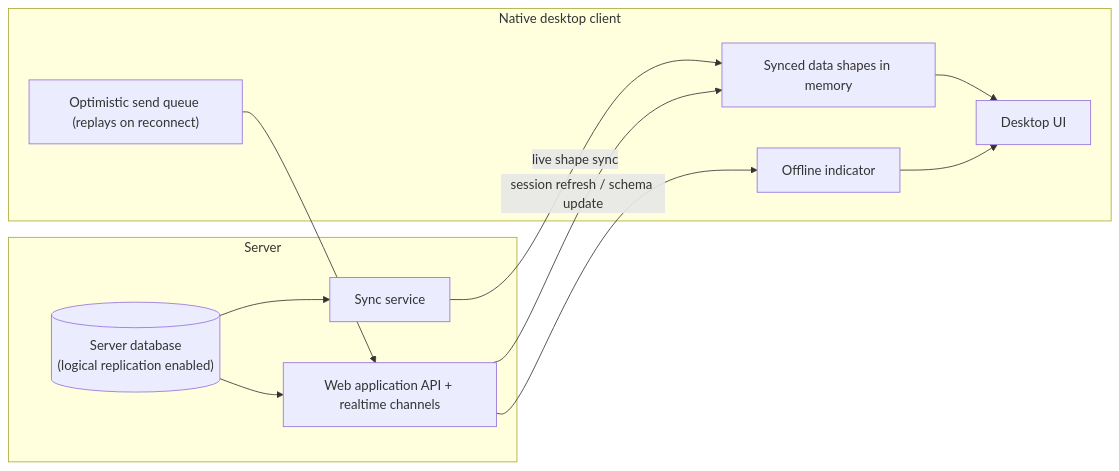
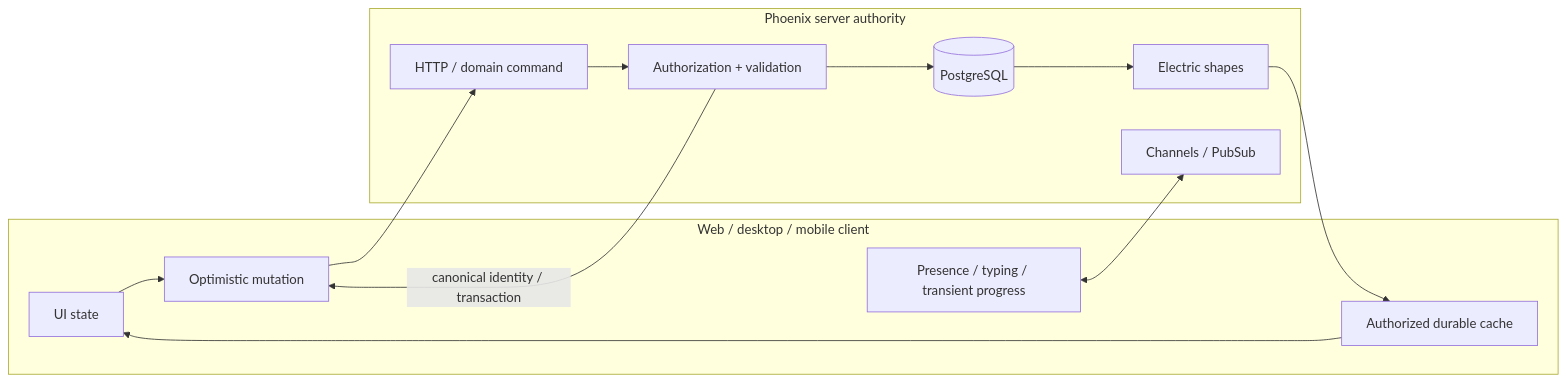
Before and after one commit to wahargis/portfolio: the diagram in flip-technical-overview/diagrams/client-synchronization.mmd, drawn with Mermaid. The commit also changed 55 other files, not shown here.

Commit message:
complete portfolio architecture audit

```diff
--- a/flip-technical-overview/diagrams/client-synchronization.mmd
+++ b/flip-technical-overview/diagrams/client-synchronization.mmd
@@ -1,20 +1,23 @@
 flowchart LR
-    subgraph SERVER["Server"]
-        DB[("Server database<br/>(logical replication enabled)")]
-        SYNC["Sync service"]
-        APP["Web application API + realtime channels"]
-        DB --> SYNC
-        DB --> APP
+    subgraph CLIENT["Web / desktop / mobile client"]
+      UI["UI state"]
+      OPT["Optimistic mutation"]
+      CACHE["Authorized durable cache"]
+      EPH["Presence / typing / transient progress"]
+      UI --> OPT
+      CACHE --> UI
     end
-    subgraph CLIENT["Native desktop client"]
-        SHAPES["Synced data shapes in memory"]
-        UI["Desktop UI"]
-        QUEUE["Optimistic send queue (replays on reconnect)"]
-        IND["Offline indicator"]
-        SYNC -->|live shape sync| SHAPES
-        SHAPES --> UI
-        QUEUE --> APP
-        APP --> IND
-        IND --> UI
+    subgraph SERVER["Phoenix server authority"]
+      CMD["HTTP / domain command"]
+      AUTH["Authorization + validation"]
+      DB[("PostgreSQL")]
+      CH["Channels / PubSub"]
+      SHAPE["Electric shapes"]
+      CMD --> AUTH
+      AUTH --> DB
+      DB --> SHAPE
     end
-    APP -->|session refresh / schema update| SHAPES
+    OPT --> CMD
+    SHAPE --> CACHE
+    AUTH -->|canonical identity / transaction| OPT
+    EPH <--> CH
```
